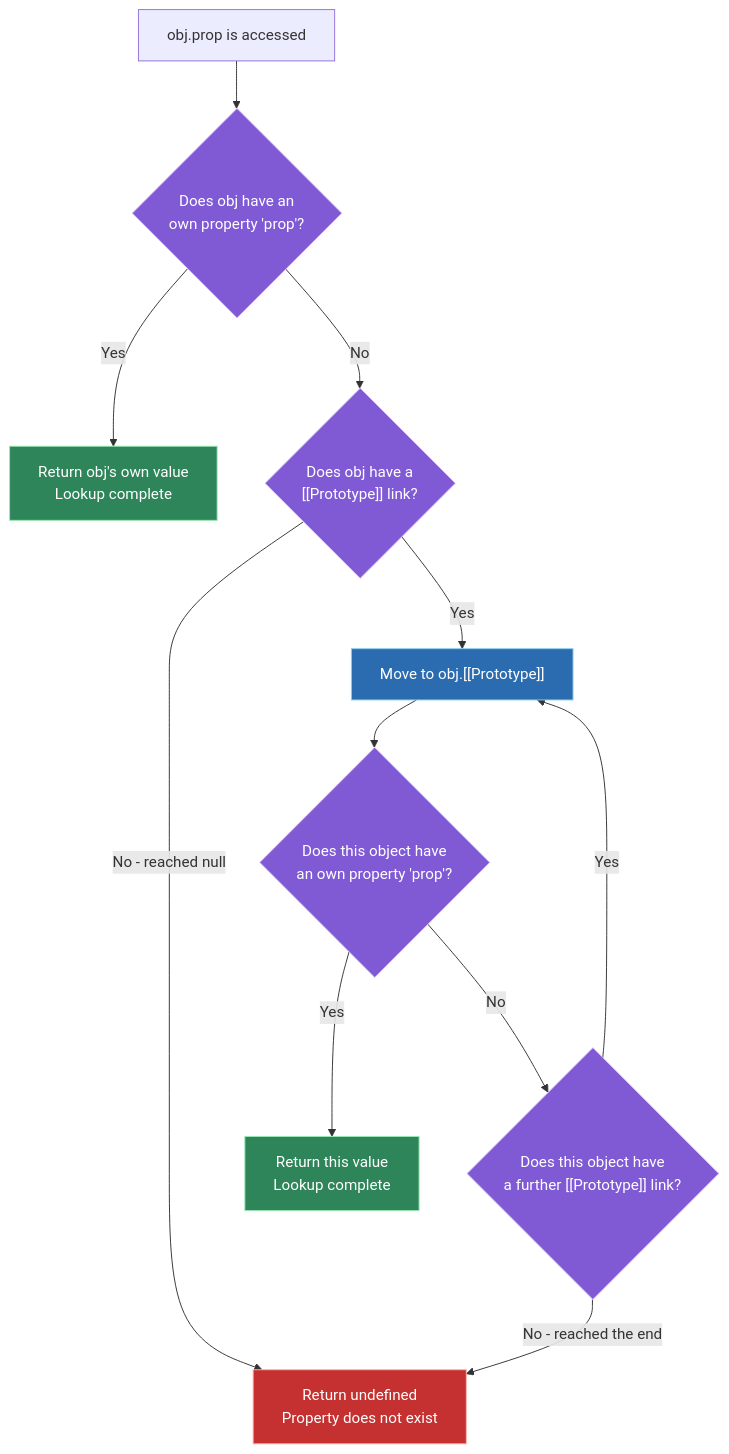
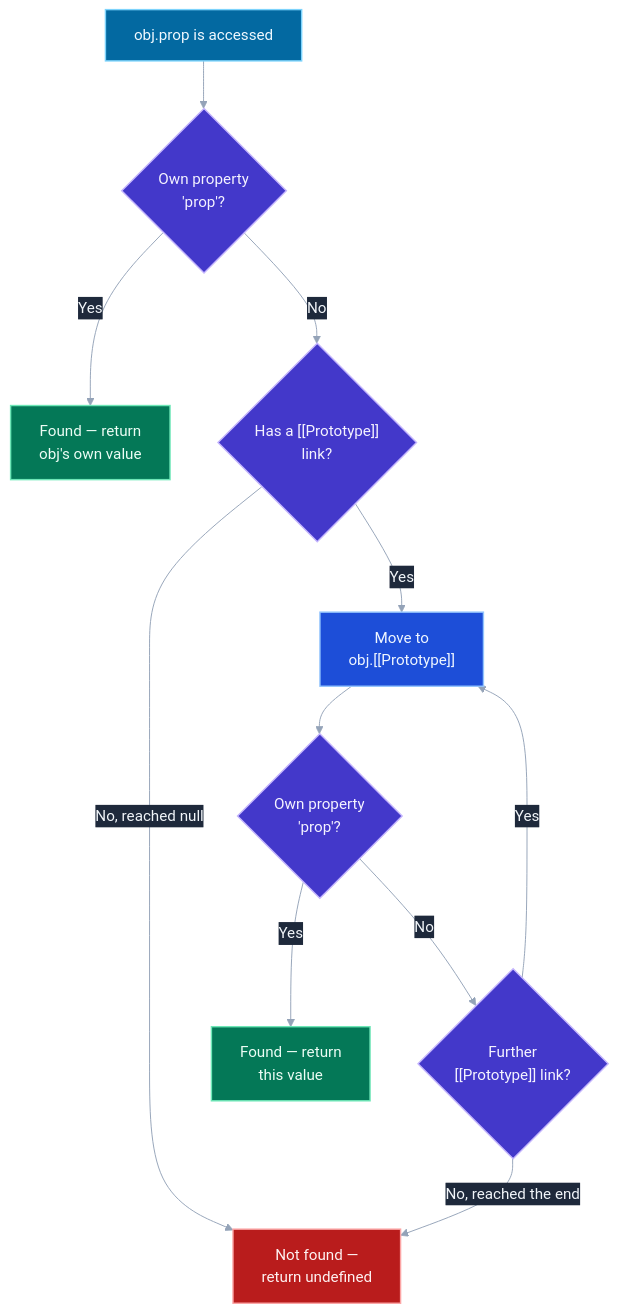
Before and after one commit to vinayakhumberi/litmus: the first of 2 diagrams in data/topics/prototypal-inheritance.md, drawn with Mermaid. The commit also changed 4 other files, not shown here.

````diff
--- a/data/topics/prototypal-inheritance.md
+++ b/data/topics/prototypal-inheritance.md
@@ -157,23 +157,26 @@
 ```mermaid
+%%{init: {"theme": "base", "themeVariables": {"primaryColor":"#334155","primaryTextColor":"#f1f5f9","primaryBorderColor":"#64748b","lineColor":"#94a3b8","edgeLabelBackground":"#1e293b","textColor":"#f1f5f9","fontSize":"16px"}}}%%
 graph TD
-    A["obj.prop is accessed"] --> B{"Does obj have an<br>own property 'prop'?"}
-    B -- "Yes" --> C["Return obj's own value<br>Lookup complete"]
-    B -- "No" --> D{"Does obj have a<br>[[Prototype]] link?"}
-    D -- "No - reached null" --> E["Return undefined<br>Property does not exist"]
-    D -- "Yes" --> F["Move to obj.[[Prototype]]"]
-    F --> G{"Does this object have<br>an own property 'prop'?"}
-    G -- "Yes" --> H["Return this value<br>Lookup complete"]
-    G -- "No" --> I{"Does this object have<br>a further [[Prototype]] link?"}
+    A["obj.prop is accessed"] --> B{"Own property<br>'prop'?"}
+    B -- "Yes" --> C["Found — return<br>obj's own value"]
+    B -- "No" --> D{"Has a [[Prototype]]<br>link?"}
+    D -- "No, reached null" --> E["Not found —<br>return undefined"]
+    D -- "Yes" --> F["Move to<br>obj.[[Prototype]]"]
+    F --> G{"Own property<br>'prop'?"}
+    G -- "Yes" --> H["Found — return<br>this value"]
+    G -- "No" --> I{"Further<br>[[Prototype]] link?"}
     I -- "Yes" --> F
-    I -- "No - reached the end" --> E
+    I -- "No, reached the end" --> E
 
-    classDef found fill:#2f855a,stroke:#9ae6b4,color:#fff
-    classDef notfound fill:#c53030,stroke:#feb2b2,color:#fff
-    classDef decision fill:#805ad5,stroke:#d6bcfa,color:#fff
-    classDef walk fill:#2b6cb0,stroke:#90cdf4,color:#fff
+    classDef start fill:#0369a1,stroke:#7dd3fc,color:#f0f9ff,stroke-width:1.5px
+    classDef found fill:#047857,stroke:#6ee7b7,color:#ecfdf5,stroke-width:1.5px
+    classDef notfound fill:#b91c1c,stroke:#fca5a5,color:#fef2f2,stroke-width:1.5px
+    classDef decision fill:#4338ca,stroke:#c4b5fd,color:#f5f3ff,stroke-width:1.5px
+    classDef walk fill:#1d4ed8,stroke:#93c5fd,color:#eff6ff,stroke-width:1.5px
 
+    class A start
     class C,H found
     class E notfound
     class B,D,G,I decision
     class F walk
 ```
````
